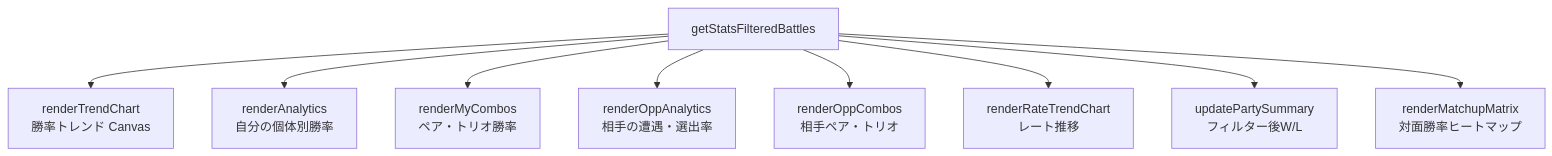
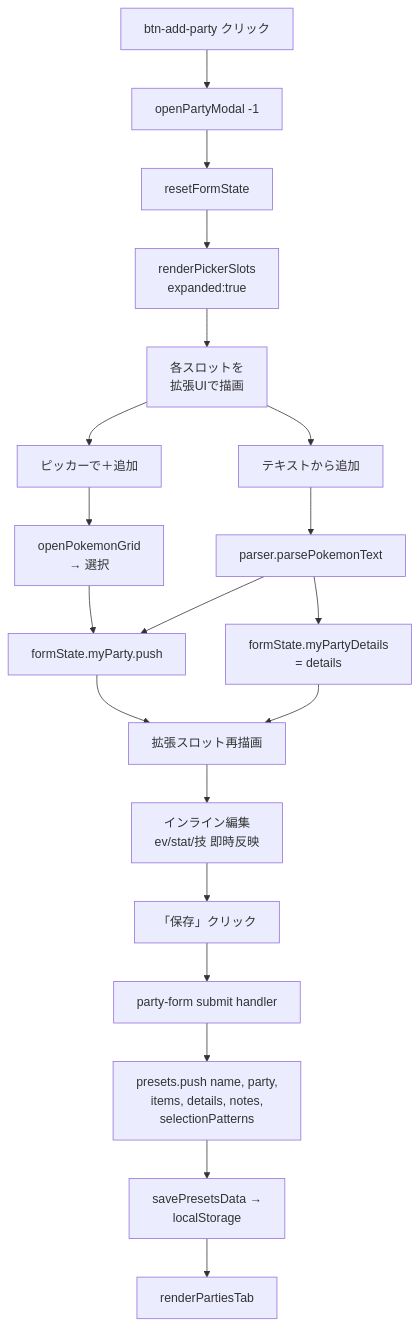
Before and after one commit to 1minami/pokemon-battle-log: the fourth of 4 diagrams in EXPLANATION.md, drawn with Mermaid. The commit also changed other lines of this file and 1 other file, not shown here.

First line of the commit message:
update docs for party detail editor and view toggle

````diff
--- a/EXPLANATION.md
+++ b/EXPLANATION.md
@@ -91,11 +140,28 @@
 ```mermaid
-graph TD
-    SB[getStatsFilteredBattles] --> A1[renderTrendChart<br>勝率トレンド Canvas]
-    SB --> A2[renderAnalytics<br>自分の個体別勝率]
-    SB --> A3[renderMyCombos<br>ペア・トリオ勝率]
-    SB --> A4[renderOppAnalytics<br>相手の遭遇・選出率]
-    SB --> A5[renderOppCombos<br>相手ペア・トリオ]
-    SB --> A6[renderRateTrendChart<br>レート推移]
-    SB --> A7[updatePartySummary<br>フィルター後W/L]
-    SB --> A8[renderMatchupMatrix<br>対面勝率ヒートマップ]
+flowchart TD
+  A[btn-add-party クリック] --> B[openPartyModal -1]
+  B --> C[resetFormState]
+  C --> D[renderPickerSlots<br/>expanded:true]
+  D --> E[各スロットを<br/>拡張UIで描画]
+
+  E --> F1[ピッカーで＋追加]
+  E --> F2[テキストから追加]
+
+  F1 --> G[openPokemonGrid<br/>→ 選択]
+  F2 --> H[parser.parsePokemonText]
+
+  G --> I[formState.myParty.push]
+  H --> I
+  H --> J[formState.myPartyDetails<br/>= details]
+
+  I --> K[拡張スロット再描画]
+  J --> K
+
+  K --> L[インライン編集<br/>ev/stat/技 即時反映]
+
+  L --> M[「保存」クリック]
+  M --> N[party-form submit handler]
+  N --> O[presets.push name, party,<br/>items, details, notes,<br/>selectionPatterns]
+  O --> P[savePresetsData →<br/>localStorage]
+  P --> Q[renderPartiesTab]
 ```
````
